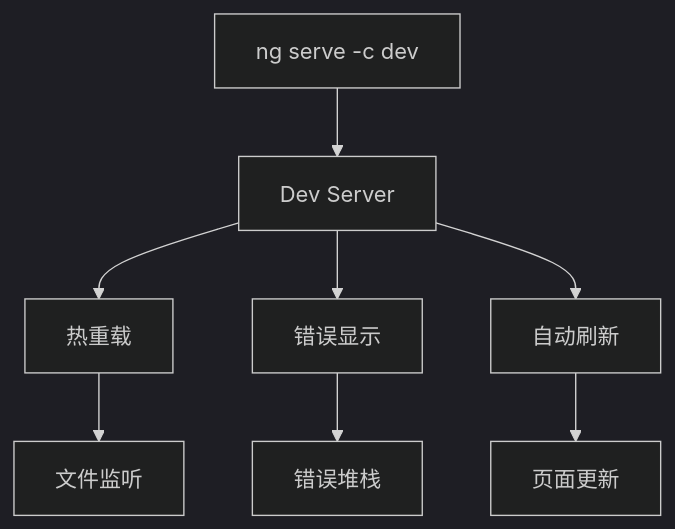
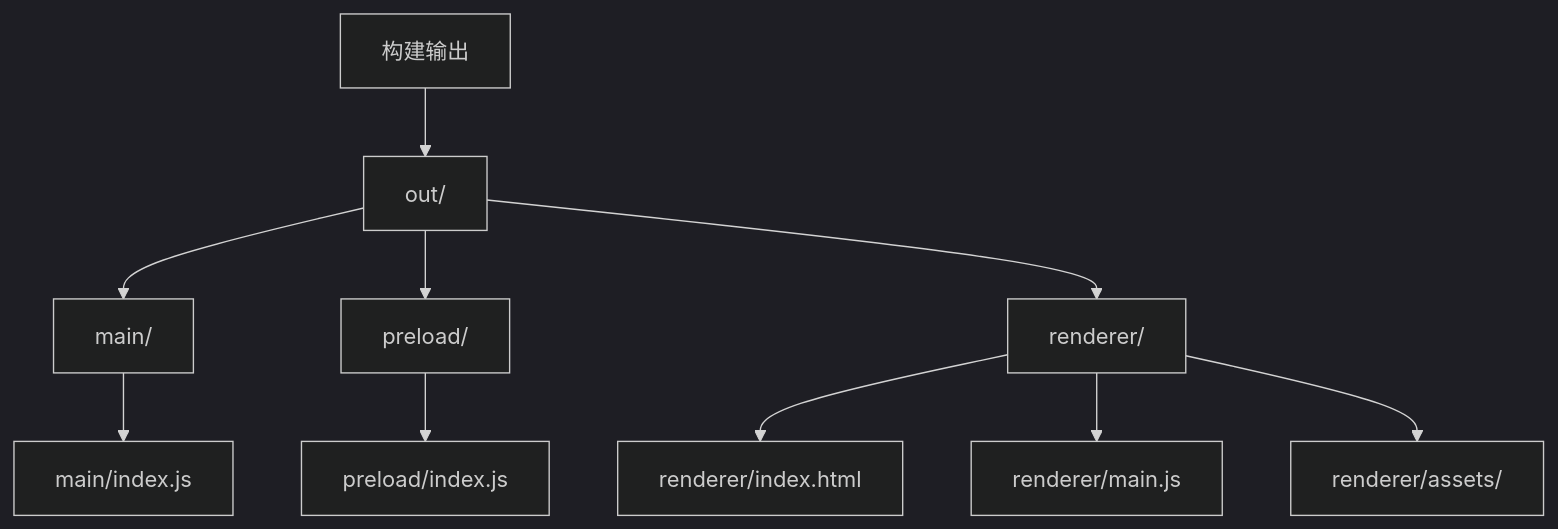
One commit to haolange/RDC-Agent changed the third of 5 diagrams in .qoder/repowiki/zh/content/构建与打包/Angular 构建配置.md. Above: the diagram before and after it, drawn with Mermaid (dark theme). The commit also changed other lines of this file and 3 other files, not shown here.

````diff
--- a/.qoder/repowiki/zh/content/构建与打包/Angular 构建配置.md
+++ b/.qoder/repowiki/zh/content/构建与打包/Angular 构建配置.md
@@ -316,10 +151,12 @@
 ```mermaid
 graph TB
-A[ng serve -c dev] --> B[Dev Server]
-B --> C[热重载]
-B --> D[错误显示]
-B --> E[自动刷新]
-C --> F[文件监听]
-D --> G[错误堆栈]
-E --> H[页面更新]
+A[构建输出] --> B[out/]
+B --> C[main/]
+B --> D[preload/]
+B --> E[renderer/]
+C --> F[main/index.js]
+D --> G[preload/index.js]
+E --> H[renderer/index.html]
+E --> I[renderer/main.js]
+E --> J[renderer/assets/]
 ```
````
